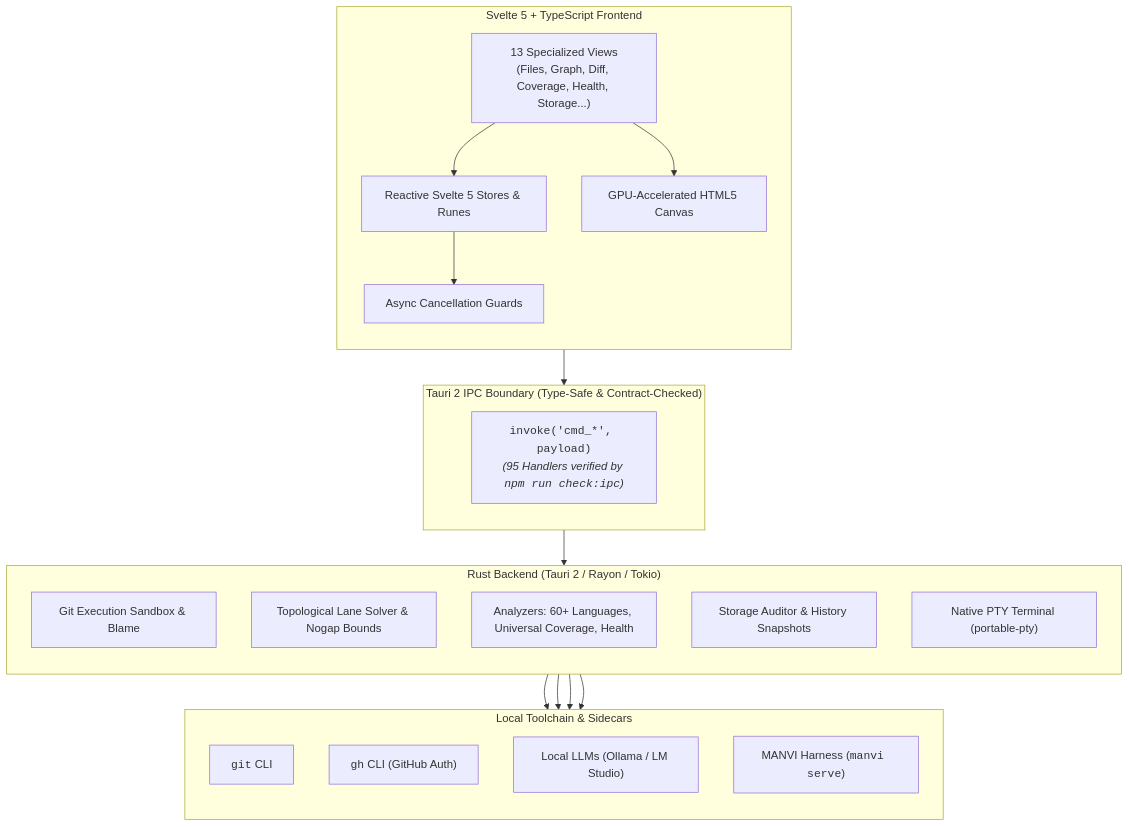
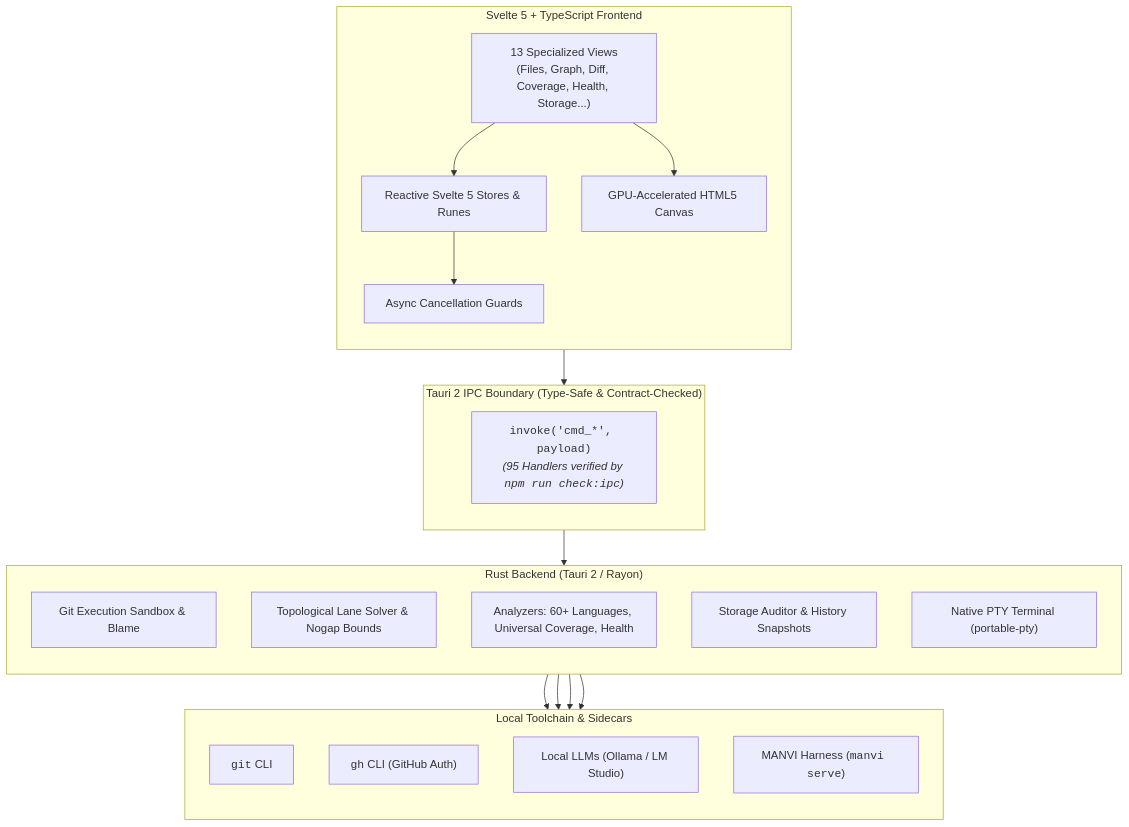
The first of 4 diagrams in README.md (bharathvbcr/GitPulse), drawn with Mermaid before and after one commit. The commit also changed 2 other files, not shown here.

Commit message:
docs(architecture): stop implying a direct Tokio dependency
The backend subgraph in both README and ARCHITECTURE.md read
"Tauri 2 / Tokio / Rayon", which puts Tokio beside a real direct dependency.
It is not one: `src-tauri/Cargo.toml` lists rayon and no async runtime, no
source file references tokio, and blocking work leaves the IPC thread through
`tauri::async_runtime::spawn_blocking` in `off_thread`. Tokio appears in
Cargo.lock at 1.53.1, pulled in transitively by Tauri, so a contributor
following the diagram to `use tokio::…` would not compile.

The diagrams now name only the direct dependency, and the concurrency section
says where the async runtime actually comes from and why it cannot be used
directly without adding the crate.

A prose claim about a manifest drifts as soon as the manifest does, so
scripts/architecture-docs-contract.test.ts ties the two together: adding tokio
as a direct dependency fails the test and points at the sentence that then
needs rewriting. Verified by temporarily adding it — the guard fires, and
passes again once removed.

````diff
--- a/README.md
+++ b/README.md
@@ -41,43 +41,43 @@
 ```mermaid
 flowchart TB
     subgraph Frontend["Svelte 5 + TypeScript Frontend"]
         direction TB
         Views["13 Specialized Views<br/>(Files, Graph, Diff, Coverage, Health, Storage...)"]
         Stores["Reactive Svelte 5 Stores & Runes"]
         CanvasEngine["GPU-Accelerated HTML5 Canvas"]
         AsyncGuards["Async Cancellation Guards"]
         
         Views --> Stores
         Views --> CanvasEngine
         Stores --> AsyncGuards
     end
 
     subgraph IPC["Tauri 2 IPC Boundary (Type-Safe & Contract-Checked)"]
         direction TB
         IPCBridge["<code>invoke('cmd_*', payload)</code><br/><i>(95 Handlers verified by <code>npm run check:ipc</code>)</i>"]
     end
 
-    subgraph Backend["Rust Backend (Tauri 2 / Rayon / Tokio)"]
+    subgraph Backend["Rust Backend (Tauri 2 / Rayon)"]
         direction TB
         GitSandbox["Git Execution Sandbox & Blame"]
         GraphSolver["Topological Lane Solver & Nogap Bounds"]
         Analyzers["Analyzers: 60+ Languages, Universal Coverage, Health"]
         StorageEngine["Storage Auditor & History Snapshots"]
         TerminalPTY["Native PTY Terminal (portable-pty)"]
     end
 
     subgraph LocalTools["Local Toolchain & Sidecars"]
         direction TB
         GitCLI["<code>git</code> CLI"]
         GhCLI["<code>gh</code> CLI (GitHub Auth)"]
         LocalAI["Local LLMs (Ollama / LM Studio)"]
         ManviSidecar["MANVI Harness (<code>manvi serve</code>)"]
     end
 
     AsyncGuards --> IPCBridge
     IPCBridge --> Backend
     GitSandbox --> GitCLI
     Analyzers --> GhCLI
     Analyzers --> LocalAI
     Backend --> ManviSidecar
 ```
````
